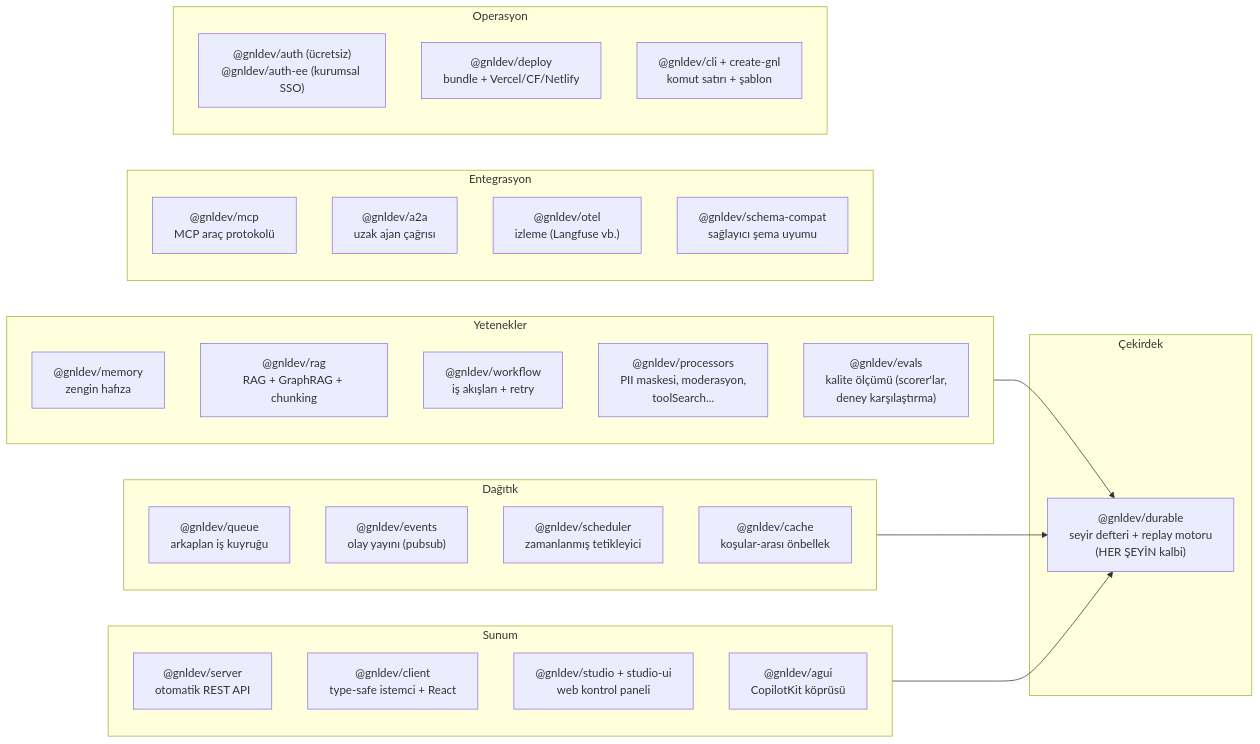
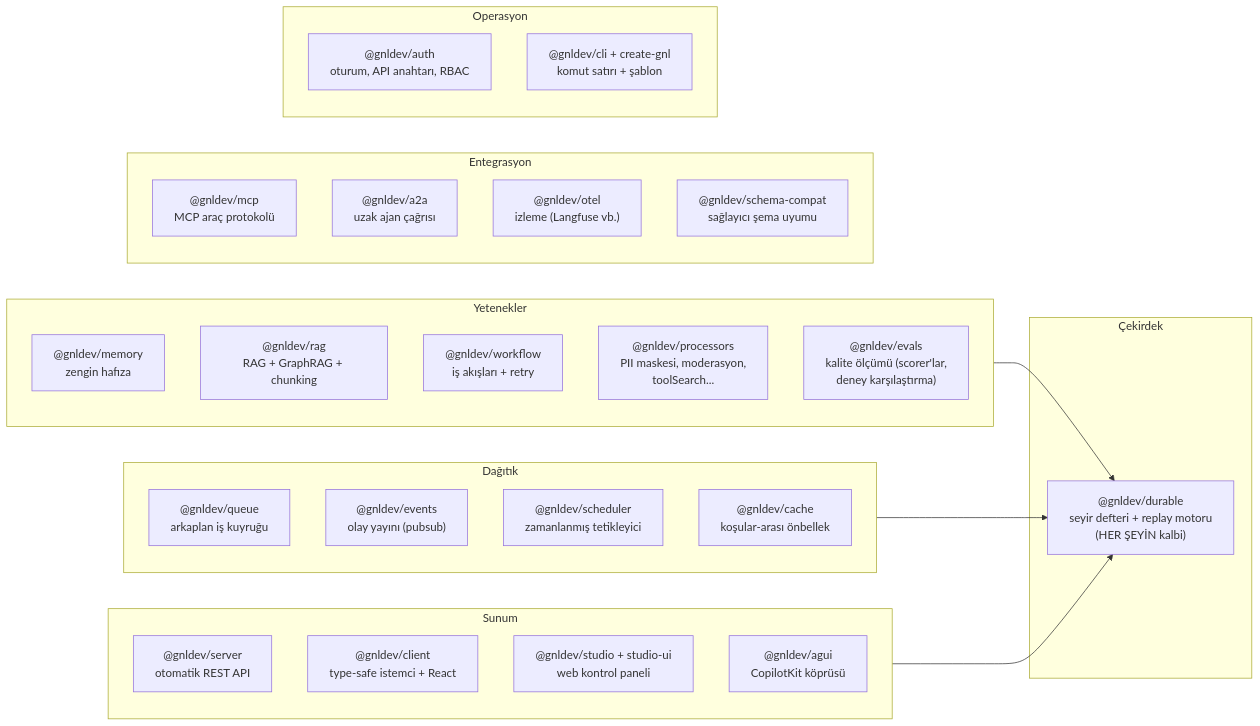
The fourth of 10 diagrams in docs/GUIDE.tr.md (Karaca7/gnldev), drawn with Mermaid before and after one commit. The commit also changed other lines of this file and 1 other file, not shown here.

````diff
--- a/docs/GUIDE.tr.md
+++ b/docs/GUIDE.tr.md
@@ -255,39 +255,38 @@
 ```mermaid
 graph LR
     subgraph Çekirdek
         durable["@gnldev/durable<br/>seyir defteri + replay motoru<br/>(HER ŞEYİN kalbi)"]
     end
     subgraph Yetenekler
         memory["@gnldev/memory<br/>zengin hafıza"]
         rag["@gnldev/rag<br/>RAG + GraphRAG + chunking"]
         workflow["@gnldev/workflow<br/>iş akışları + retry"]
         processors["@gnldev/processors<br/>PII maskesi, moderasyon,<br/>toolSearch..."]
         evals["@gnldev/evals<br/>kalite ölçümü (scorer'lar,<br/>deney karşılaştırma)"]
     end
     subgraph Dağıtık
         queue["@gnldev/queue<br/>arkaplan iş kuyruğu"]
         events["@gnldev/events<br/>olay yayını (pubsub)"]
         scheduler["@gnldev/scheduler<br/>zamanlanmış tetikleyici"]
         cache["@gnldev/cache<br/>koşular-arası önbellek"]
     end
     subgraph Sunum
         server["@gnldev/server<br/>otomatik REST API"]
         client["@gnldev/client<br/>type-safe istemci + React"]
         studio["@gnldev/studio + studio-ui<br/>web kontrol paneli"]
         agui["@gnldev/agui<br/>CopilotKit köprüsü"]
     end
     subgraph Entegrasyon
         mcp["@gnldev/mcp<br/>MCP araç protokolü"]
         a2a["@gnldev/a2a<br/>uzak ajan çağrısı"]
         otel["@gnldev/otel<br/>izleme (Langfuse vb.)"]
         schema["@gnldev/schema-compat<br/>sağlayıcı şema uyumu"]
     end
     subgraph Operasyon
-        auth["@gnldev/auth (ücretsiz)<br/>@gnldev/auth-ee (kurumsal SSO)"]
-        deploy["@gnldev/deploy<br/>bundle + Vercel/CF/Netlify"]
+        auth["@gnldev/auth<br/>oturum, API anahtarı, RBAC"]
         cli["@gnldev/cli + create-gnl<br/>komut satırı + şablon"]
     end
     Yetenekler --> durable
     Dağıtık --> durable
     Sunum --> durable
 ```
````
